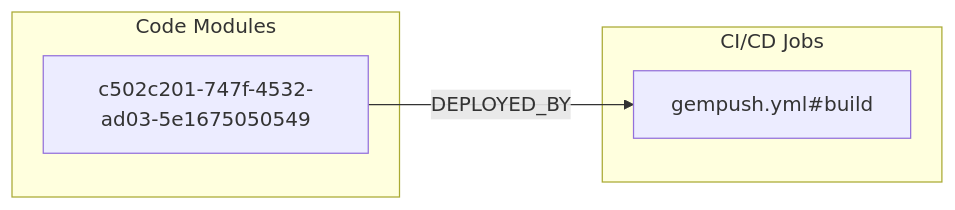
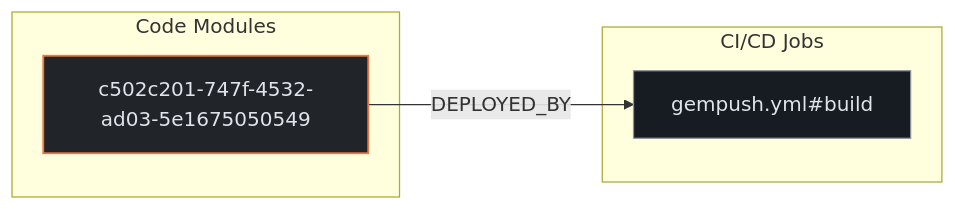
The second of 3 diagrams in exports/latest/reports/mastodon-mastodon-api-report.md (kumarshaz/atruss-code-atlas), drawn with Mermaid before and after one commit. The commit also changed other lines of this file and 331 other files, not shown here.

Commit message:
docs,ui,fix: update SDLC docs, reorder CI/CD DAG first, stylize Mermaid, and fix Arc42 pipeline topology

````diff
--- a/exports/latest/reports/mastodon-mastodon-api-report.md
+++ b/exports/latest/reports/mastodon-mastodon-api-report.md
@@ -159,10 +166,14 @@
 ```mermaid
 flowchart LR
+    classDef atlasCategory fill:#212428,stroke:#E87A48,stroke-width:1.5px,color:#dfe3eb
+    classDef atlasWorkflow fill:#1b2026,stroke:#a3c9ff,stroke-width:1.5px,color:#dfe3eb
+    classDef atlasJob fill:#171c22,stroke:#8d9199,stroke-width:1px,color:#dfe3eb
+    classDef atlasTarget fill:#005227,stroke:#8bd99b,stroke-width:1.5px,color:#a7f6b6
     subgraph code_modules["Code Modules"]
-        mod_c502c201_747f_4532_ad03_5e1675050549["c502c201-747f-4532-ad03-5e1675050549"]
+        mod_c502c201_747f_4532_ad03_5e1675050549["c502c201-747f-4532-ad03-5e1675050549"]:::atlasCategory
     end
     subgraph ci_jobs["CI/CD Jobs"]
-        job_gempush_yml_build["gempush.yml#build"]
+        job_gempush_yml_build["gempush.yml#build"]:::atlasJob
     end
     mod_c502c201_747f_4532_ad03_5e1675050549 -->|DEPLOYED_BY| job_gempush_yml_build
 ```
````
